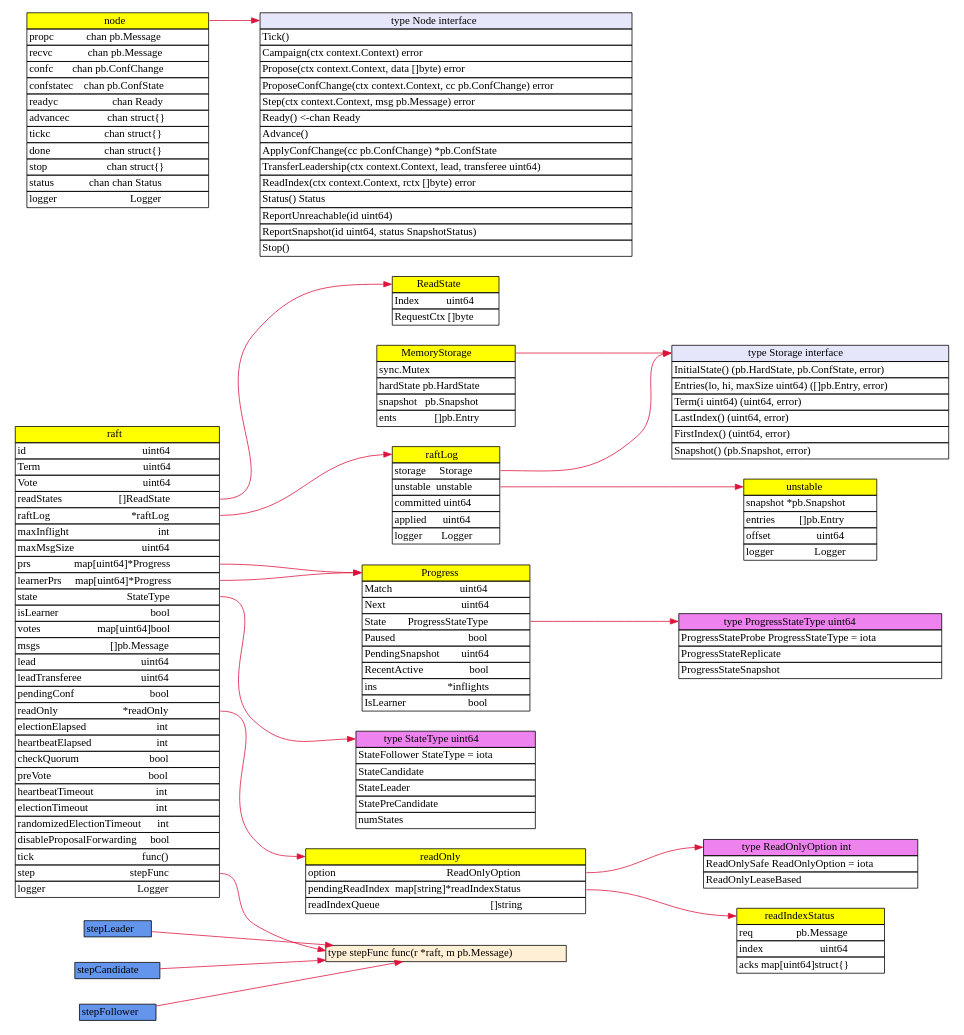
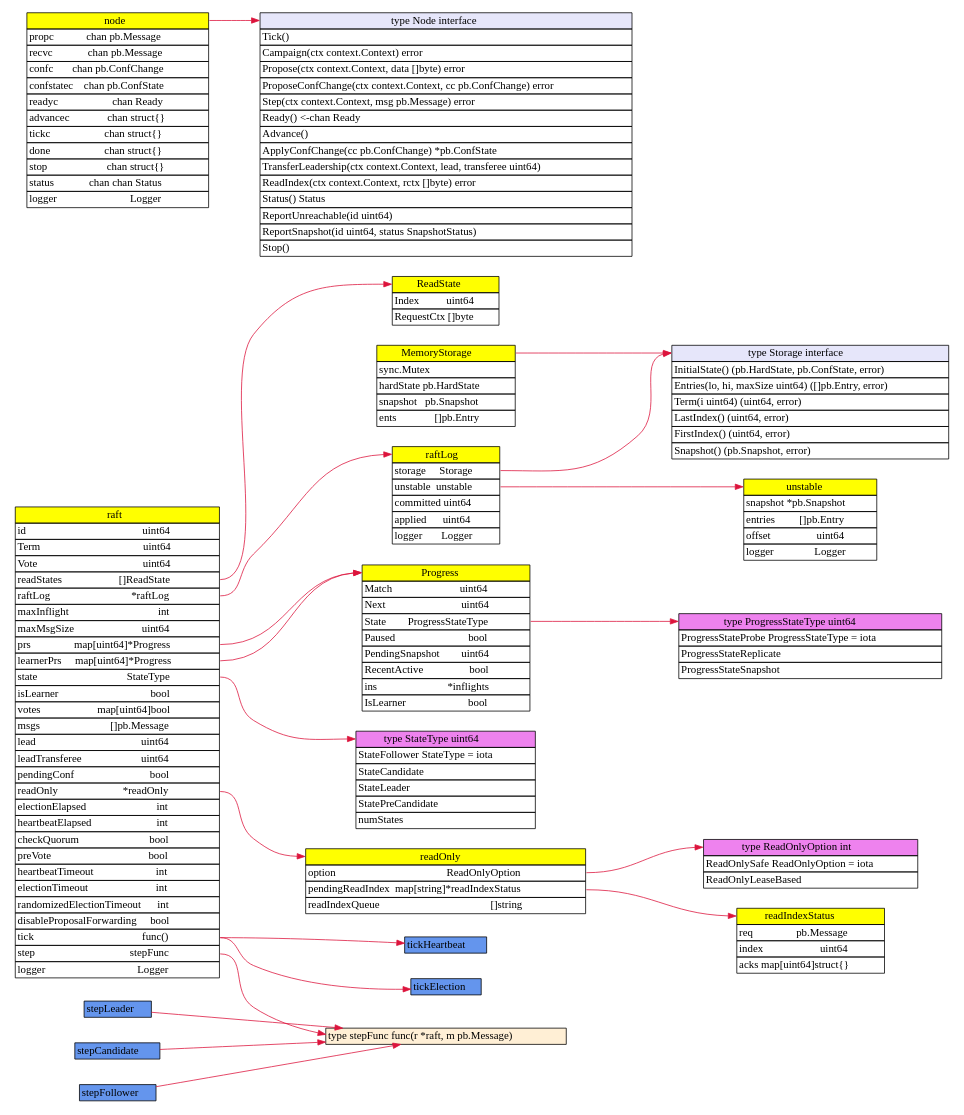
Before and after one commit to lkk2003rty/notes: the diagram in image_scripts/raft_struct.dot, drawn with Graphviz. The commit also changed 1 other file, not shown here.

Commit message:
add tick function

```diff
--- a/image_scripts/raft_struct.dot
+++ b/image_scripts/raft_struct.dot
@@ -29,7 +29,7 @@
 	<tr><td border="1" align="left">electionTimeout&nbsp;&nbsp;&nbsp;&nbsp;&nbsp;&nbsp;&nbsp;&nbsp;&nbsp;&nbsp;&nbsp;&nbsp;&nbsp;&nbsp;&nbsp;&nbsp;&nbsp;&nbsp;&nbsp;&nbsp;&nbsp;&nbsp;&nbsp;&nbsp;&nbsp;int</td></tr>
 	<tr><td border="1" align="left">randomizedElectionTimeout&nbsp;&nbsp;&nbsp;&nbsp;&nbsp;&nbsp;int</td></tr>
 	<tr><td border="1" align="left">disableProposalForwarding&nbsp;&nbsp;&nbsp;&nbsp;&nbsp;bool</td></tr>
-	<tr><td border="1" align="left">tick&nbsp;&nbsp;&nbsp;&nbsp;&nbsp;&nbsp;&nbsp;&nbsp;&nbsp;&nbsp;&nbsp;&nbsp;&nbsp;&nbsp;&nbsp;&nbsp;&nbsp;&nbsp;&nbsp;&nbsp;&nbsp;&nbsp;&nbsp;&nbsp;&nbsp;&nbsp;&nbsp;&nbsp;&nbsp;&nbsp;&nbsp;&nbsp;&nbsp;&nbsp;&nbsp;&nbsp;&nbsp;&nbsp;&nbsp;&nbsp;func()</td></tr>
+	<tr><td border="1" align="left" port="tick_function">tick&nbsp;&nbsp;&nbsp;&nbsp;&nbsp;&nbsp;&nbsp;&nbsp;&nbsp;&nbsp;&nbsp;&nbsp;&nbsp;&nbsp;&nbsp;&nbsp;&nbsp;&nbsp;&nbsp;&nbsp;&nbsp;&nbsp;&nbsp;&nbsp;&nbsp;&nbsp;&nbsp;&nbsp;&nbsp;&nbsp;&nbsp;&nbsp;&nbsp;&nbsp;&nbsp;&nbsp;&nbsp;&nbsp;&nbsp;&nbsp;func()</td></tr>
 	<tr><td border="1" align="left" port="step_function">step&nbsp;&nbsp;&nbsp;&nbsp;&nbsp;&nbsp;&nbsp;&nbsp;&nbsp;&nbsp;&nbsp;&nbsp;&nbsp;&nbsp;&nbsp;&nbsp;&nbsp;&nbsp;&nbsp;&nbsp;&nbsp;&nbsp;&nbsp;&nbsp;&nbsp;&nbsp;&nbsp;&nbsp;&nbsp;&nbsp;&nbsp;&nbsp;&nbsp;&nbsp;&nbsp;stepFunc</td></tr>
 	<tr><td border="1" align="left">logger&nbsp;&nbsp;&nbsp;&nbsp;&nbsp;&nbsp;&nbsp;&nbsp;&nbsp;&nbsp;&nbsp;&nbsp;&nbsp;&nbsp;&nbsp;&nbsp;&nbsp;&nbsp;&nbsp;&nbsp;&nbsp;&nbsp;&nbsp;&nbsp;&nbsp;&nbsp;&nbsp;&nbsp;&nbsp;&nbsp;&nbsp;&nbsp;&nbsp;&nbsp;Logger</td></tr>
     </table>>];
@@ -139,6 +139,13 @@
     <tr><td bgcolor="#6495ED" border="1" port="head">stepLeader</td></tr>
     </table>>];
 
+    tickElection[shape="none" label=<<table border="0" cellspacing="0">
+    <tr><td bgcolor="#6495ED" border="1" port="head">tickElection</td></tr>
+    </table>>];
+
+    tickHeartbeat[shape="none" label=<<table border="0" cellspacing="0">
+    <tr><td bgcolor="#6495ED" border="1" port="head">tickHeartbeat</td></tr>
+    </table>>];
 
     inode [shape="none" label=<<table border="0" cellspacing="0">
     <tr><td bgcolor="#E6E6FA" border="1" port="head">type Node interface</td></tr>
@@ -181,6 +188,8 @@
     raft:learner_prs -> Progress:head;
     raft:state -> StateType:head;
     raft:read_state -> ReadState:head;
+    raft:tick_function -> tickElection:head;
+    raft:tick_function -> tickHeartbeat:head;
     raft:step_function -> stepFunc:head;
     readOnly:status -> readIndexStatus:head;
     Progress:state -> ProgressStateType:head;
```
